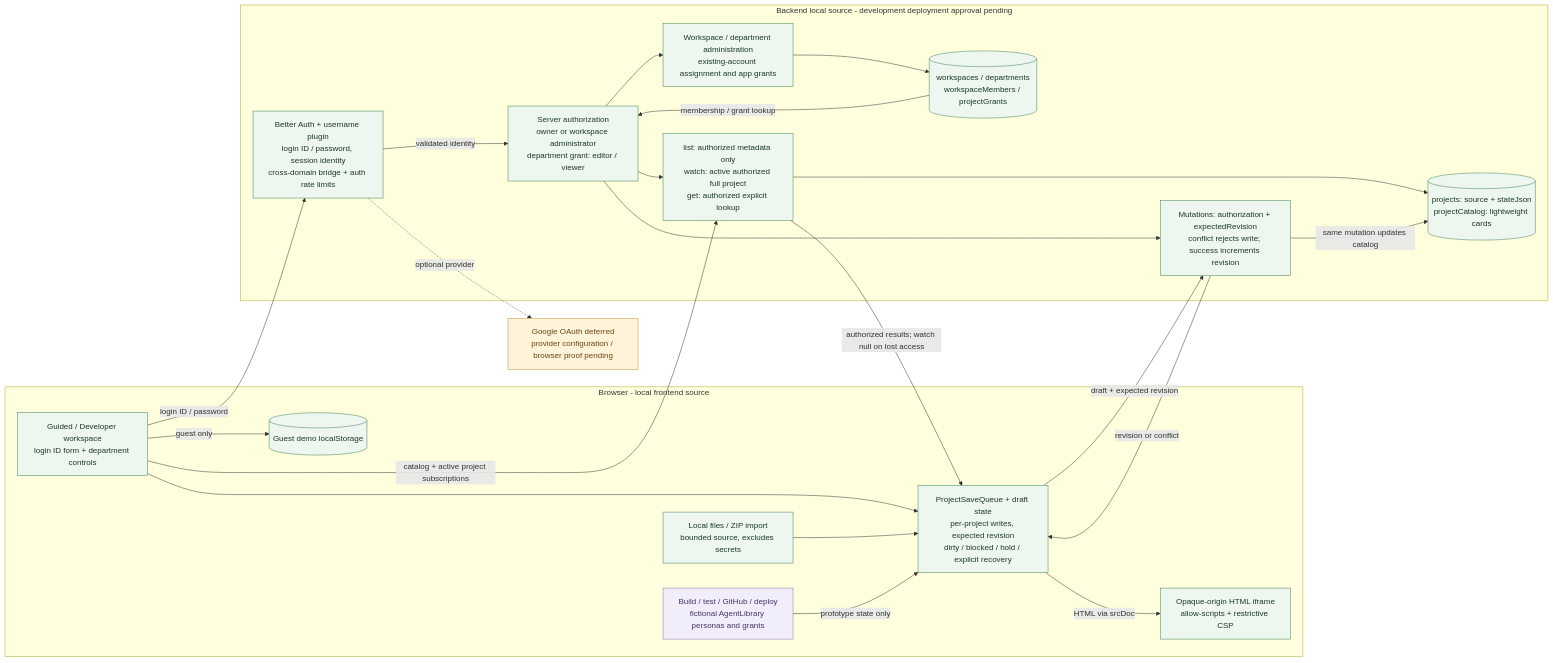
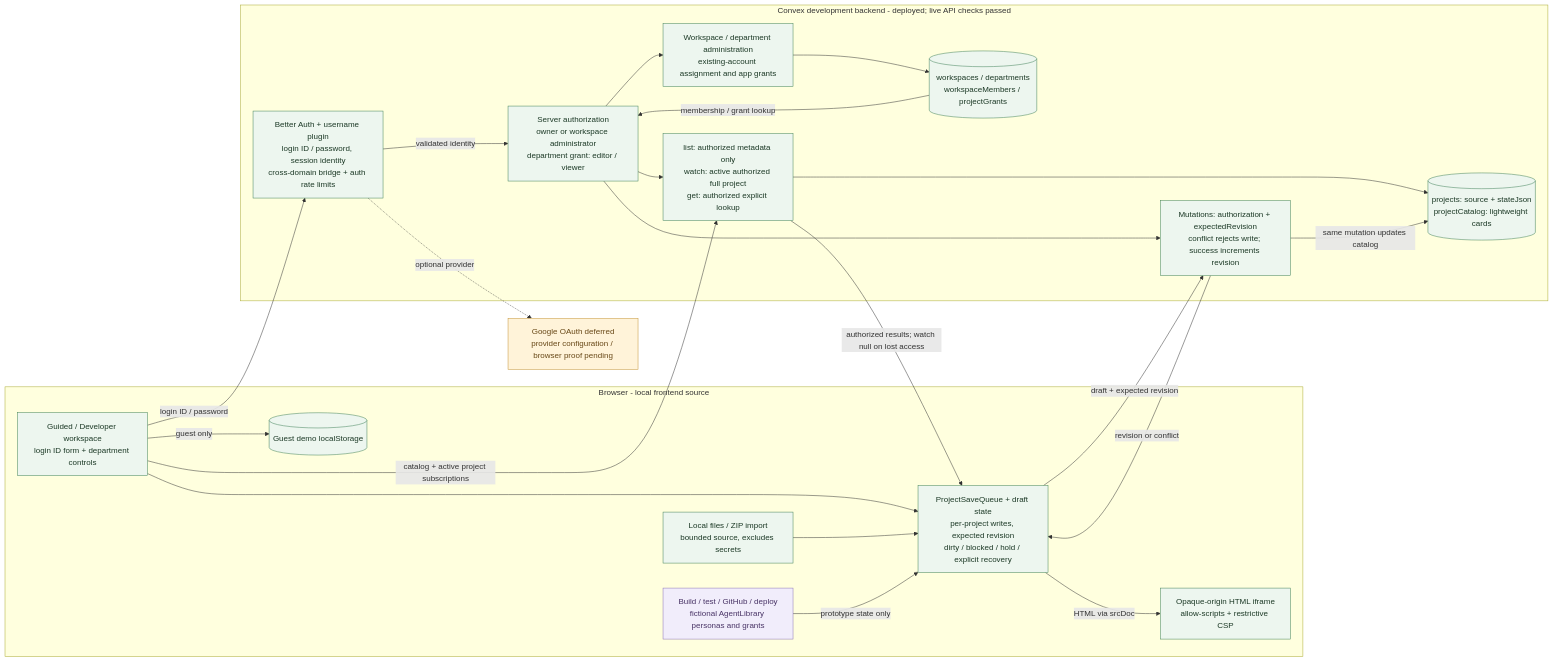
One commit to rishimunikesarwani-hub/architect-2 changed the first of 2 diagrams in docs/arch-engineering-drawing.md. Above: the diagram before and after it, drawn with Mermaid. The commit also changed other lines of this file and 20 other files, not shown here.

````diff
--- a/docs/arch-engineering-drawing.md
+++ b/docs/arch-engineering-drawing.md
@@ -22,47 +22,47 @@
 ```mermaid
 flowchart LR
   classDef local fill:#edf6ef,stroke:#408157,color:#1c3926
   classDef pending fill:#fff3d9,stroke:#c39336,color:#684817
   classDef simulated fill:#f1edfb,stroke:#8a73b4,color:#493466
   classDef future fill:#f3f5f6,stroke:#879399,stroke-dasharray:6 4,color:#35434b
 
   subgraph Browser["Browser - local frontend source"]
     UI["Guided / Developer workspace<br/>login ID form + department controls"]:::local
     State["ProjectSaveQueue + draft state<br/>per-project writes, expected revision<br/>dirty / blocked / hold / explicit recovery"]:::local
     Local[("Guest demo localStorage")]:::local
     Import["Local files / ZIP import<br/>bounded source, excludes secrets"]:::local
     Preview["Opaque-origin HTML iframe<br/>allow-scripts + restrictive CSP"]:::local
     Sim["Build / test / GitHub / deploy<br/>fictional AgentLibrary personas and grants"]:::simulated
     UI --> State
     UI -->|guest only| Local
     Import --> State
     State -->|HTML via srcDoc| Preview
     Sim -->|prototype state only| State
   end
 
-  subgraph Backend["Backend local source - development deployment approval pending"]
+  subgraph Backend["Convex development backend - deployed; live API checks passed"]
     Auth["Better Auth + username plugin<br/>login ID / password, session identity<br/>cross-domain bridge + auth rate limits"]:::local
     Access["Server authorization<br/>owner or workspace administrator<br/>department grant: editor / viewer"]:::local
     Query["list: authorized metadata only<br/>watch: active authorized full project<br/>get: authorized explicit lookup"]:::local
     Write["Mutations: authorization + expectedRevision<br/>conflict rejects write; success increments revision"]:::local
     Team["Workspace / department administration<br/>existing-account assignment and app grants"]:::local
     Roles[("workspaces / departments<br/>workspaceMembers / projectGrants")]:::local
     DB[("projects: source + stateJson<br/>projectCatalog: lightweight cards")]:::local
     Auth -->|validated identity| Access
     Access --> Query
     Access --> Write
     Access --> Team
     Team --> Roles
     Roles -->|membership / grant lookup| Access
     Query --> DB
     Write -->|same mutation updates catalog| DB
   end
 
   Google["Google OAuth deferred<br/>provider configuration / browser proof pending"]:::pending
   UI -->|login ID / password| Auth
   Auth -. optional provider .-> Google
   State -->|draft + expected revision| Write
   UI -->|catalog + active project subscriptions| Query
   Query -->|authorized results; watch null on lost access| State
   Write -->|revision or conflict| State
 ```
````
